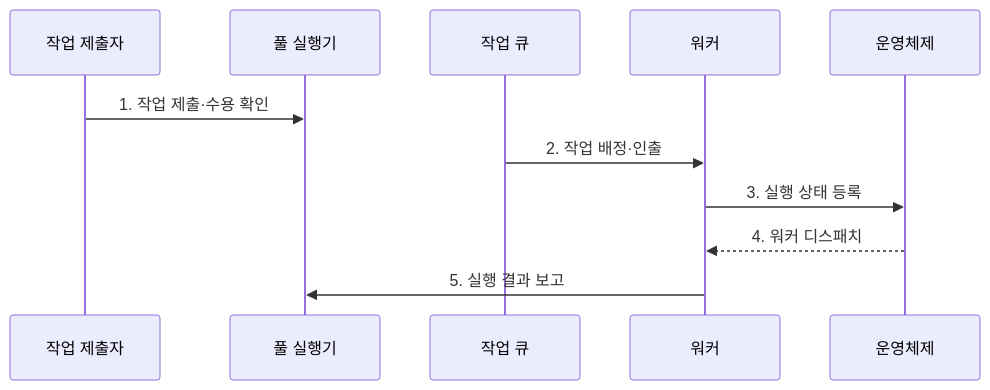
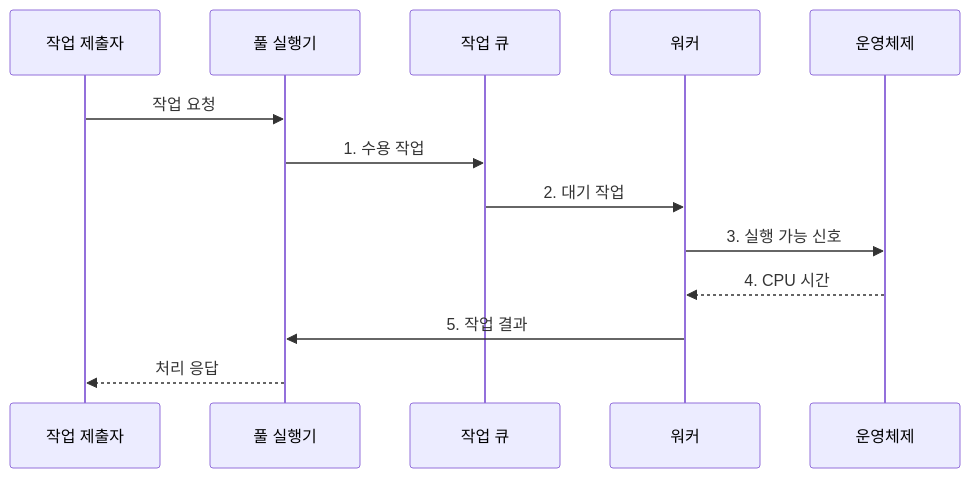
One commit to agnusdei1207/knowledge-base changed the second of 2 diagrams in src/content/docs/notes/03-software/008_thread_pool.md. Above: the diagram before and after it, drawn with Mermaid. The commit also changed other lines of this file and 20 other files, not shown here.

````diff
--- a/src/content/docs/notes/03-software/008_thread_pool.md
+++ b/src/content/docs/notes/03-software/008_thread_pool.md
@@ -88,13 +92,15 @@
 ```mermaid
 sequenceDiagram
     participant S as 작업 제출자
     participant E as 풀 실행기
     participant Q as 작업 큐
     participant W as 워커
     participant C as 운영체제
-    S->>E: 1. 작업 제출·수용 확인
-    Q->>W: 2. 작업 배정·인출
-    W->>C: 3. 실행 상태 등록
-    C-->>W: 4. 워커 디스패치
-    W->>E: 5. 실행 결과 보고
+    S->>E: 작업 요청
+    E->>Q: 1. 수용 작업
+    Q->>W: 2. 대기 작업
+    W->>C: 3. 실행 가능 신호
+    C-->>W: 4. CPU 시간
+    W->>E: 5. 작업 결과
+    E-->>S: 처리 응답
 ```
````
